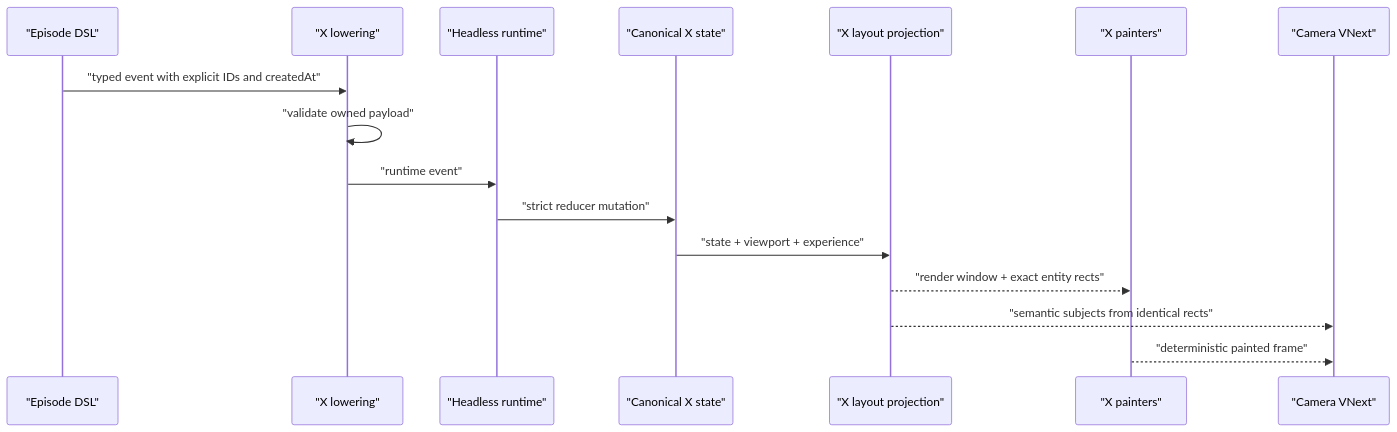
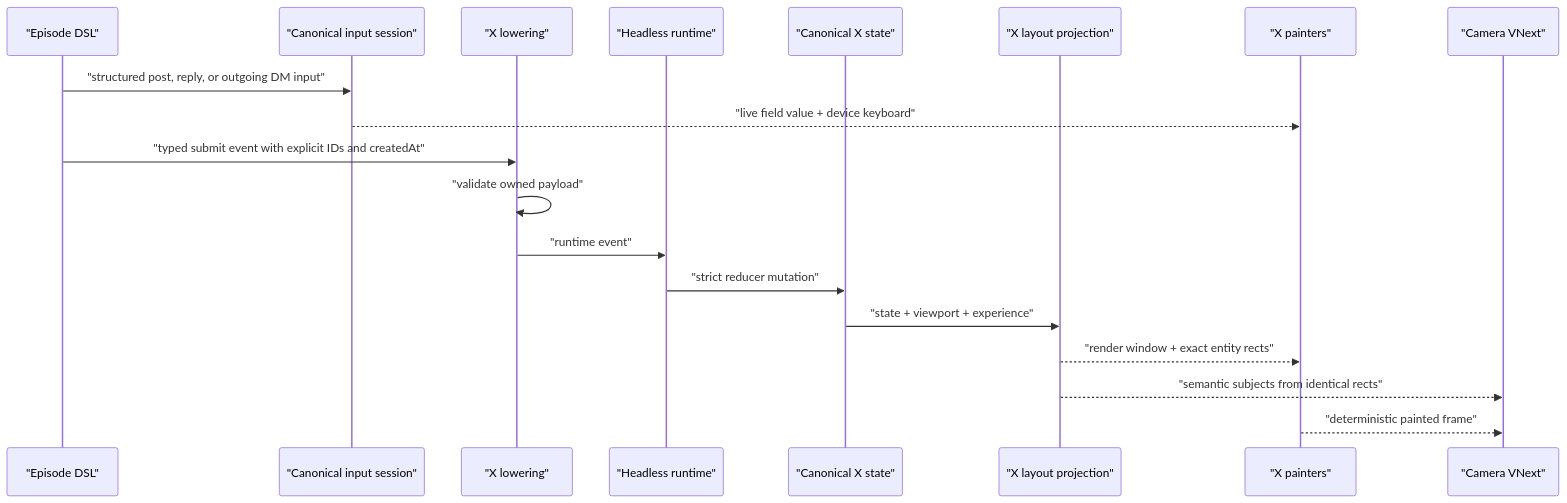
The second of 2 diagrams in docs/X_VNEXT_ARCHITECTURE.md (nishit-g/tokovo), drawn with Mermaid before and after one commit. The commit also changed other lines of this file and 68 other files, not shown here.

Commit message:
feat(apps-x): rebuild conversations and input architecture

````diff
--- a/docs/X_VNEXT_ARCHITECTURE.md
+++ b/docs/X_VNEXT_ARCHITECTURE.md
@@ -125,19 +130,22 @@
 ```mermaid
 sequenceDiagram
   participant Episode as "Episode DSL"
+  participant Input as "Canonical input session"
   participant Lower as "X lowering"
   participant Core as "Headless runtime"
   participant State as "Canonical X state"
   participant Layout as "X layout projection"
   participant View as "X painters"
   participant Camera as "Camera VNext"
 
-  Episode->>Lower: "typed event with explicit IDs and createdAt"
+  Episode->>Input: "structured post, reply, or outgoing DM input"
+  Input-->>View: "live field value + device keyboard"
+  Episode->>Lower: "typed submit event with explicit IDs and createdAt"
   Lower->>Lower: "validate owned payload"
   Lower->>Core: "runtime event"
   Core->>State: "strict reducer mutation"
   State->>Layout: "state + viewport + experience"
   Layout-->>View: "render window + exact entity rects"
   Layout-->>Camera: "semantic subjects from identical rects"
   View-->>Camera: "deterministic painted frame"
 ```
````
